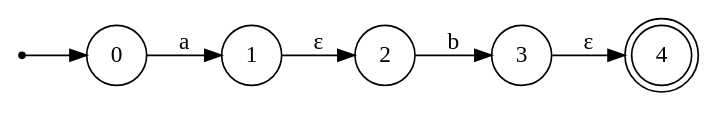
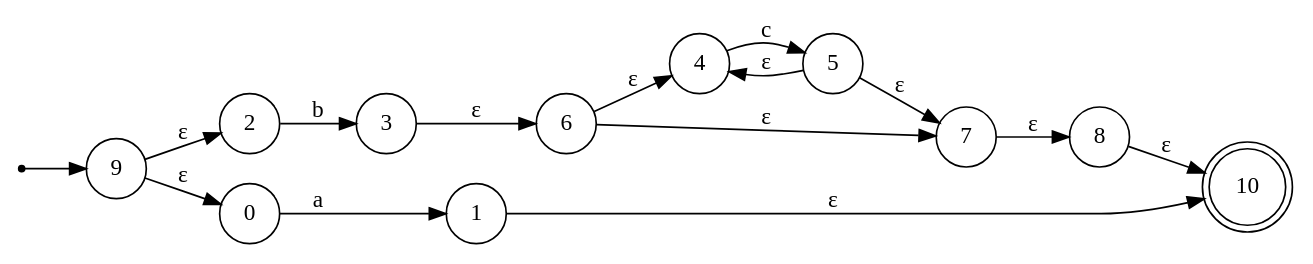
One commit to zyucccc/DAAR_Petit_Projet changed the diagram in automate_out/automate.dot. Above: the diagram before and after it, drawn with Graphviz. The commit also changed 4 other files, not shown here.

```diff
--- a/automate_out/automate.dot
+++ b/automate_out/automate.dot
@@ -1,11 +1,20 @@
 digraph Automate {
   rankdir=LR;
   node [shape=circle];
   start [shape=point];
-  start -> 0;
-  4 [shape=doublecircle];
+  start -> 9;
+  10 [shape=doublecircle];
+  9 -> 2 [label="ε"];
+  9 -> 0 [label="ε"];
+  2 -> 3 [label="b"];
   0 -> 1 [label="a"];
-  1 -> 2 [label="ε"];
-  2 -> 3 [label="b"];
-  3 -> 4 [label="ε"];
+  3 -> 6 [label="ε"];
+  1 -> 10 [label="ε"];
+  6 -> 4 [label="ε"];
+  6 -> 7 [label="ε"];
+  4 -> 5 [label="c"];
+  7 -> 8 [label="ε"];
+  5 -> 4 [label="ε"];
+  5 -> 7 [label="ε"];
+  8 -> 10 [label="ε"];
 }
```
